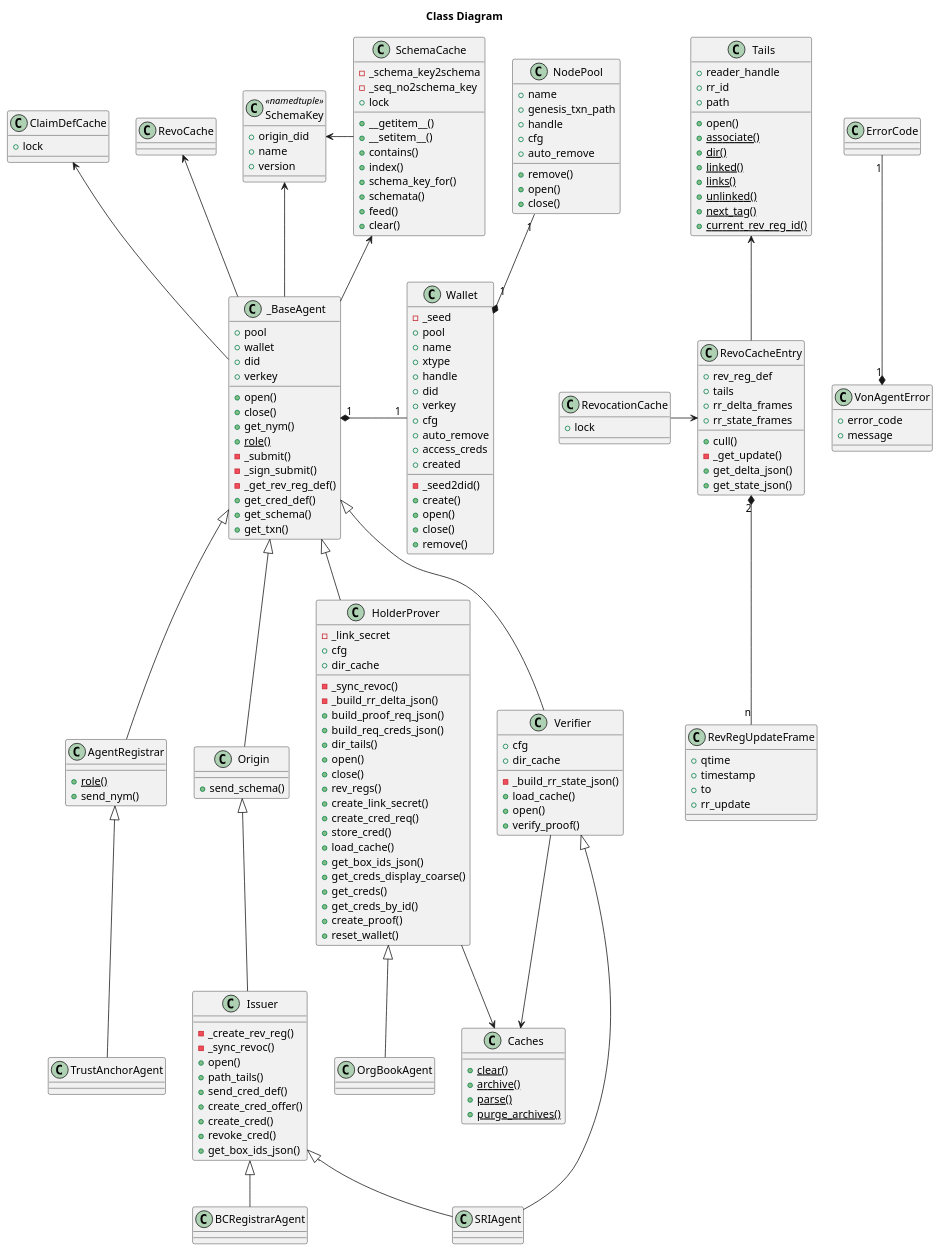
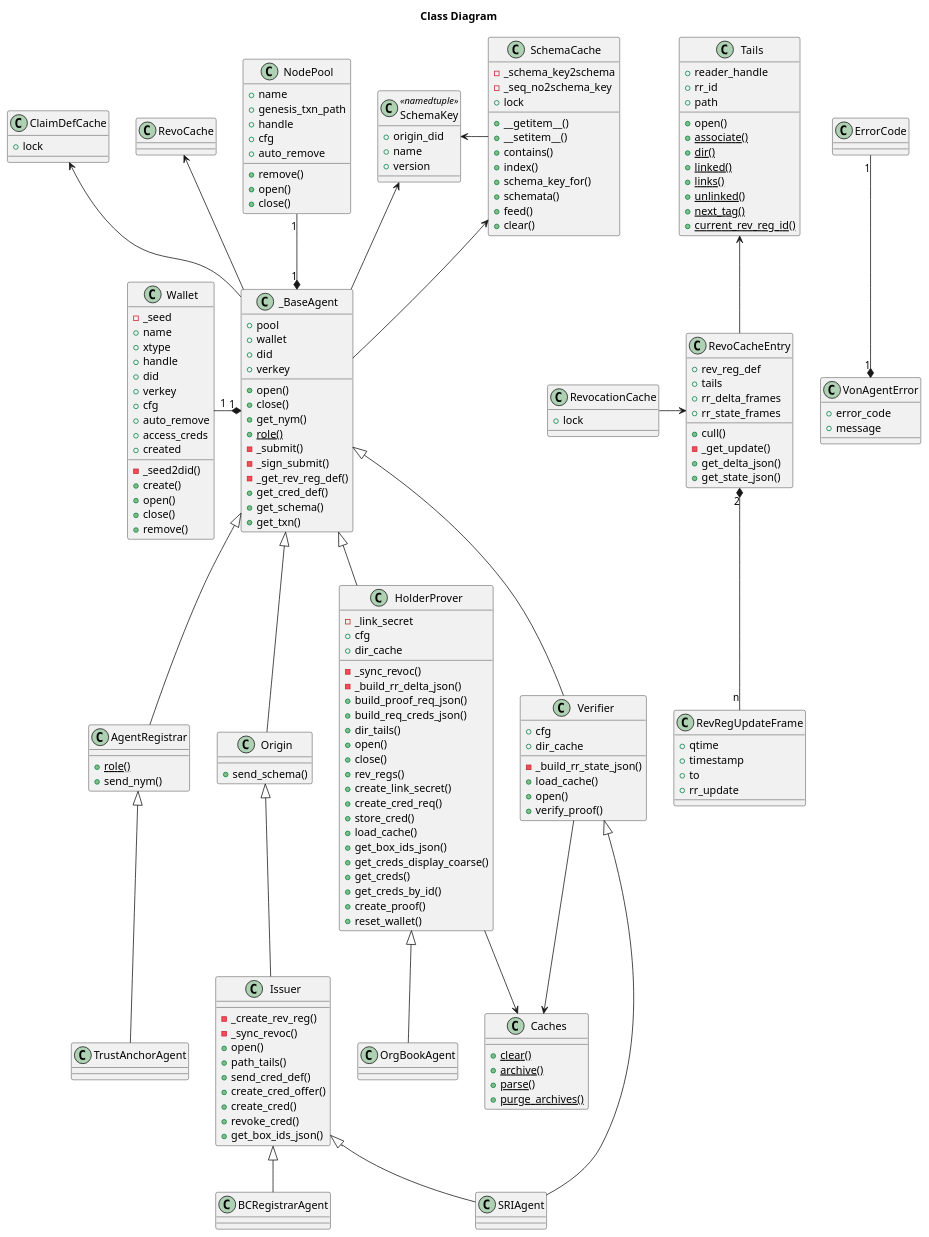
Before and after one commit to PSPC-SPAC-buyandsell/von_base: the diagram in doc/pic/src/class.puml, drawn with PlantUML. The commit also changed 2 other files, not shown here.

Commit message:
indy-sdk 1.6 removes wallet's dependence on pool

```diff
--- a/doc/pic/src/class.puml
+++ b/doc/pic/src/class.puml
@@ -95,7 +95,6 @@
 class Wallet {
     -_seed2did()
     -_seed
-    +pool
     +name
     +xtype
     +handle
@@ -210,8 +209,8 @@
 _BaseAgent -left-> SchemaKey
 
 _BaseAgent -up-> SchemaCache
-_BaseAgent "1" *-right- "1" Wallet
-Wallet "1" *-up- "1" NodePool
+_BaseAgent "1" *-left- "1" Wallet
+_BaseAgent "1" *-up- "1" NodePool
 
 RevoCacheEntry -up-> Tails
 RevoCacheEntry "2" *-down- "n" RevRegUpdateFrame
```
